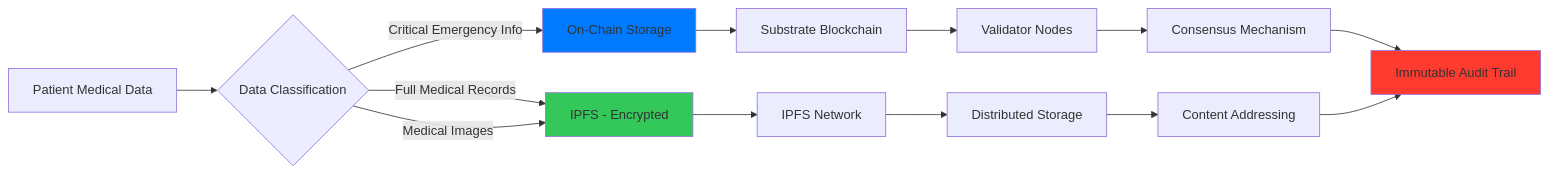
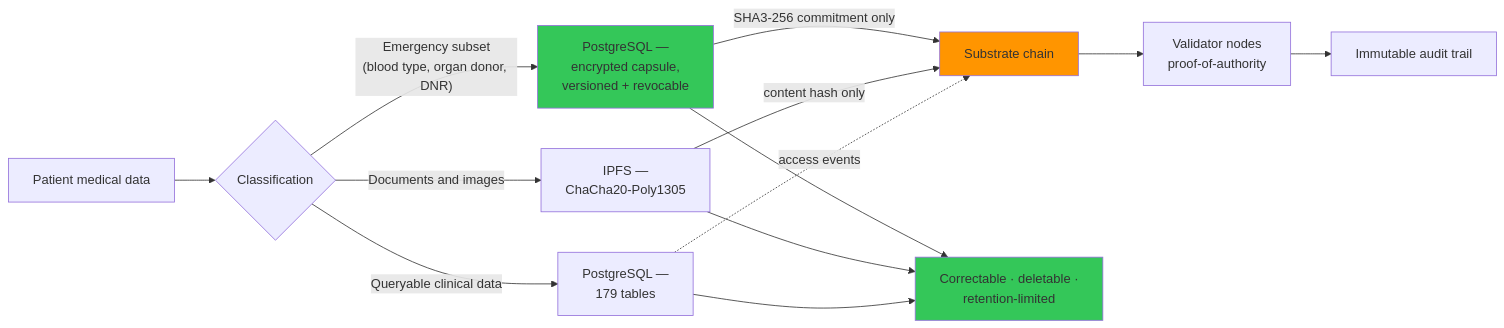
One commit to Lukau-Tech-Invasion/medichain changed the third of 6 diagrams in docs/medichain_master_plan.md. Above: the diagram before and after it, drawn with Mermaid. The commit also changed other lines of this file and 33 other files, not shown here.

First line of the commit message:
docs: rewrite architecture documentation, add ADRs and diagrams

````diff
--- a/docs/medichain_master_plan.md
+++ b/docs/medichain_master_plan.md
@@ -373,23 +401,23 @@
 ```mermaid
 graph LR
-    A[Patient Medical Data] --> B{Data Classification}
-    B -->|Critical Emergency Info| C[On-Chain Storage]
-    B -->|Full Medical Records| D[IPFS - Encrypted]
-    B -->|Medical Images| D
-    
-    C --> E[Substrate Blockchain]
-    E --> F[Validator Nodes]
-    
-    D --> G[IPFS Network]
-    G --> H[Distributed Storage]
-    
-    F --> I[Consensus Mechanism]
-    H --> J[Content Addressing]
-    
-    I --> K[Immutable Audit Trail]
-    J --> K
-    
-    style C fill:#007AFF
-    style D fill:#34C759
-    style K fill:#FF3B30
+    A[Patient medical data] --> B{Classification}
+
+    B -->|"Emergency subset<br/>(blood type, organ donor, DNR)"| C["PostgreSQL —<br/>encrypted capsule,<br/>versioned + revocable"]
+    B -->|"Documents and images"| D["IPFS —<br/>ChaCha20-Poly1305"]
+    B -->|"Queryable clinical data"| E["PostgreSQL —<br/>179 tables"]
+
+    C -->|"SHA3-256 commitment only"| F["Substrate chain"]
+    D -->|"content hash only"| F
+    E -.->|"access events"| F
+
+    F --> G["Validator nodes<br/>proof-of-authority"]
+    G --> H["Immutable audit trail"]
+
+    C --> I["Correctable · deletable ·<br/>retention-limited"]
+    D --> I
+    E --> I
+
+    style C fill:#34C759
+    style F fill:#FF9500
+    style I fill:#34C759
 ```
````
